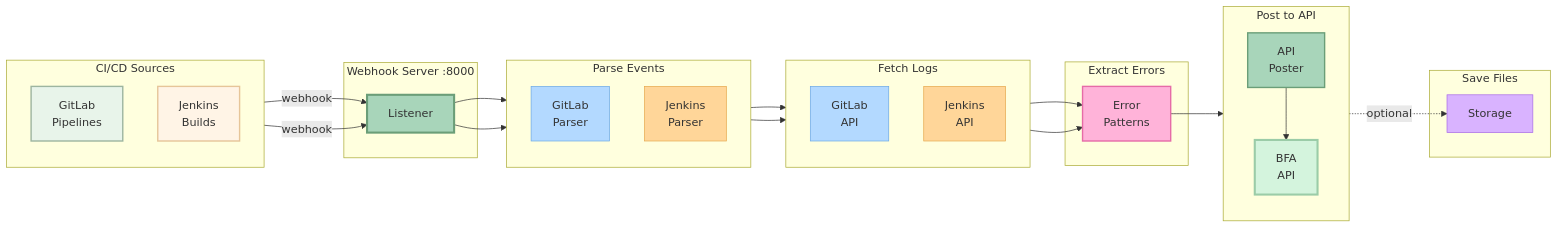
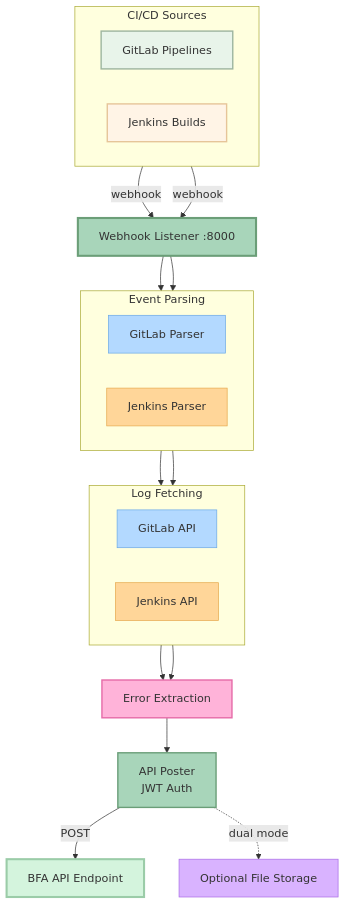
The first of 2 diagrams in README.md (vigneshpalanivelr/extract-build-logs), drawn with Mermaid before and after one commit.

Commit message:
Reorganize System Architecture Diagram as clean top-to-bottom flow
Changes:
- Changed to top-to-bottom (TB) flowchart for better readability
- Organized flow: Sources → Webhook → Parse → Fetch → Extract → API → BFA
- Used direction LR for subgroups to keep related items side-by-side
- Clean vertical progression through processing stages
- Clear separation of GitLab (blue) and Jenkins (orange) paths
- Highlighted BFA API endpoint as final destination
- Optional file storage clearly marked with dashed line

Result: Clean, organized vertical flow that's easy to follow

````diff
--- a/README.md
+++ b/README.md
@@ -66,62 +66,54 @@
 ```mermaid
-flowchart LR
+flowchart TB
     subgraph Sources["CI/CD Sources"]
-        direction TB
-        GL[GitLab<br/>Pipelines]
-        JK[Jenkins<br/>Builds]
+        direction LR
+        GL[GitLab Pipelines]
+        JK[Jenkins Builds]
     end
 
-    subgraph Server["Webhook Server :8000"]
-        WH[Listener]
+    WH[Webhook Listener :8000]
+
+    subgraph Parse["Event Parsing"]
+        direction LR
+        GLP[GitLab Parser]
+        JKP[Jenkins Parser]
     end
 
-    subgraph Parse["Parse Events"]
-        direction TB
-        GLP[GitLab<br/>Parser]
-        JKP[Jenkins<br/>Parser]
+    subgraph Fetch["Log Fetching"]
+        direction LR
+        GLF[GitLab API]
+        JKF[Jenkins API]
     end
 
-    subgraph Fetch["Fetch Logs"]
-        direction TB
-        GLF[GitLab<br/>API]
-        JKF[Jenkins<br/>API]
-    end
+    ERR[Error Extraction]
 
-    subgraph Extract["Extract Errors"]
-        ERR[Error<br/>Patterns]
-    end
+    API[API Poster<br/>JWT Auth]
 
-    subgraph Post["Post to API"]
-        direction TB
-        API[API<br/>Poster]
-        BFA[BFA<br/>API]
-    end
+    BFA[BFA API Endpoint]
 
-    subgraph Store["Save Files"]
-        SAVE[Storage]
-    end
+    SAVE[Optional File Storage]
 
     GL -->|webhook| WH
     JK -->|webhook| WH
     WH --> GLP
     WH --> JKP
     GLP --> GLF
     JKP --> JKF
     GLF --> ERR
     JKF --> ERR
     ERR --> API
-    API --> BFA
-    API -.->|optional| SAVE
+    API -->|POST| BFA
+    API -.->|dual mode| SAVE
 
     style GL fill:#e8f4ea,stroke:#9db5a0,stroke-width:2px
     style JK fill:#fff4e6,stroke:#e6c599,stroke-width:2px
     style WH fill:#a8d5ba,stroke:#6b9e78,stroke-width:3px
     style GLP fill:#b3d9ff,stroke:#6ba8e6
     style JKP fill:#ffd699,stroke:#e6a84d
     style GLF fill:#b3d9ff,stroke:#6ba8e6
     style JKF fill:#ffd699,stroke:#e6a84d
     style ERR fill:#ffb3d9,stroke:#e66ba8,stroke-width:2px
     style API fill:#a8d5ba,stroke:#6b9e78,stroke-width:2px
     style BFA fill:#d4f4dd,stroke:#9bcca8,stroke-width:3px
     style SAVE fill:#d9b3ff,stroke:#a86be6
 ```
````
